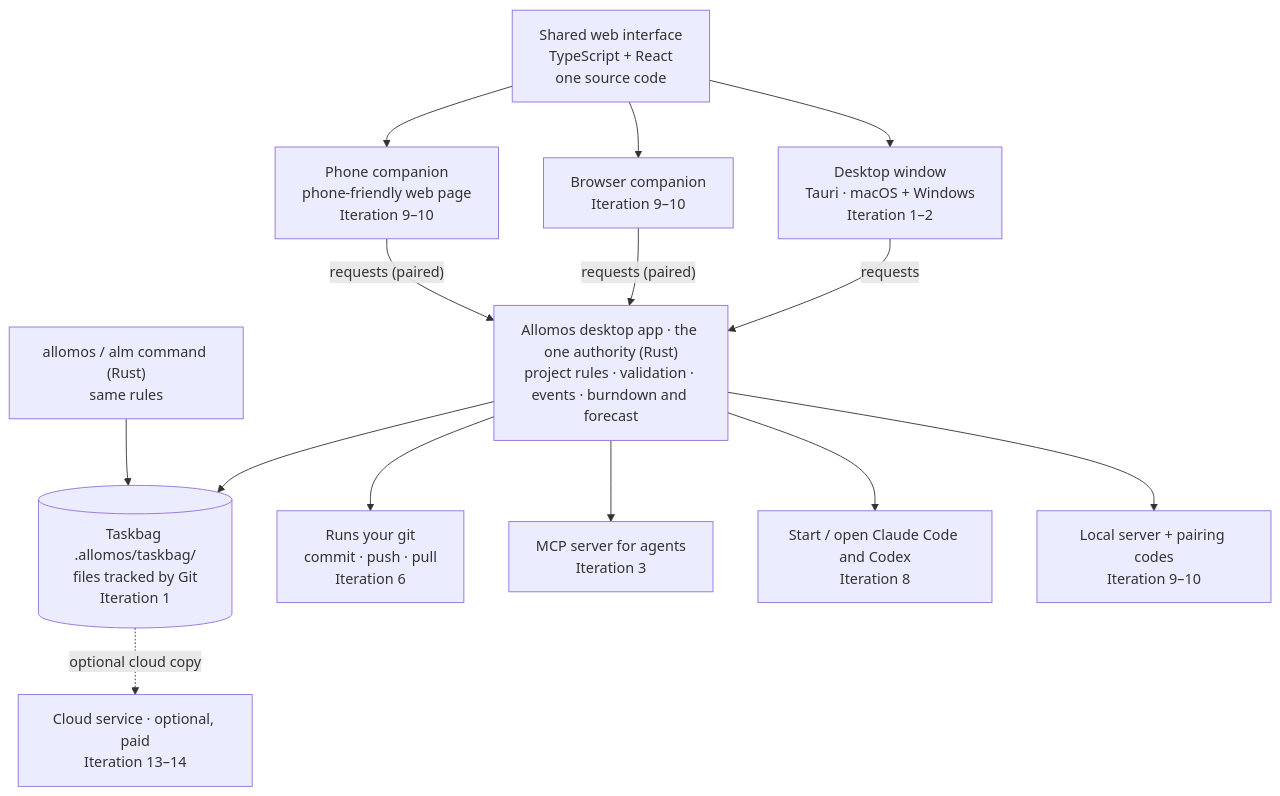
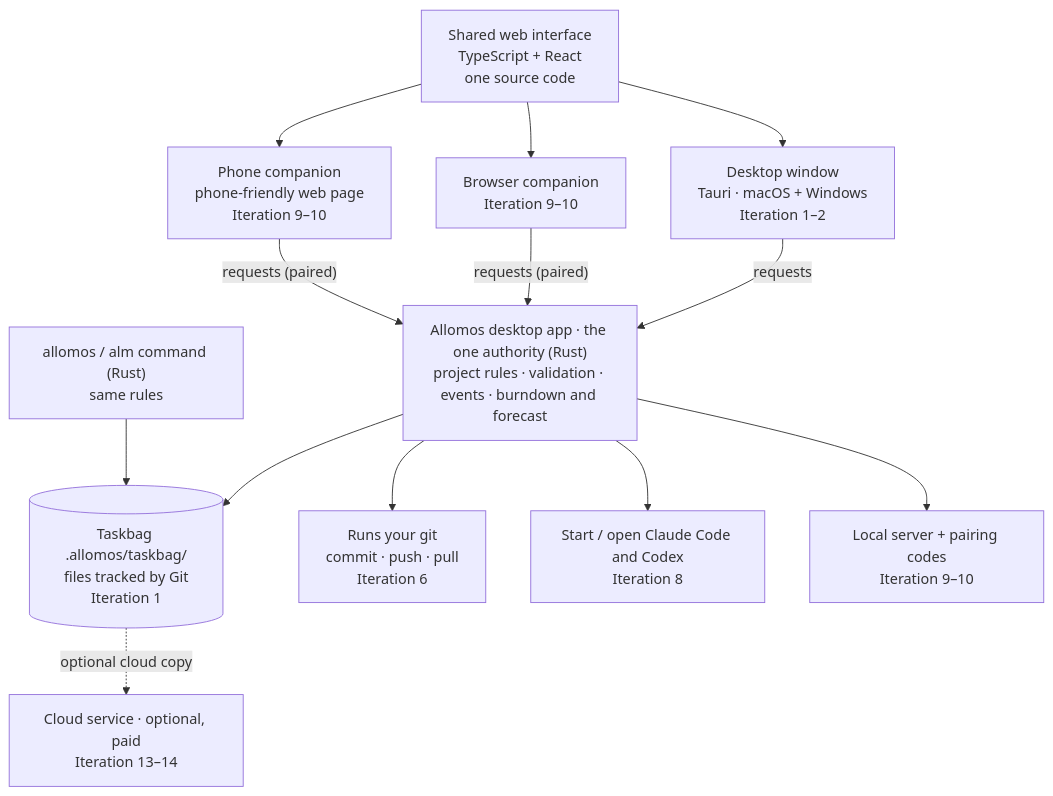
Before and after one commit to allomos/allomos: the diagram in docs/product/PLAN.md, drawn with Mermaid. The commit also changed other lines of this file and 9 other files, not shown here.

Commit message:
A00-ferry295: MCP is deferred; agents use alm, and Iteration 3 is closed (decision 0018)

````diff
--- a/docs/product/PLAN.md
+++ b/docs/product/PLAN.md
@@ -112,18 +112,17 @@
 ```mermaid
 flowchart TD
     UI["Shared web interface<br/>TypeScript + React<br/>one source code"]
     UI --> DW["Desktop window<br/>Tauri · macOS + Windows<br/>Iteration 1–2"]
     UI --> BC["Browser companion<br/>Iteration 9–10"]
     UI --> PC["Phone companion<br/>phone-friendly web page<br/>Iteration 9–10"]
     DW -- requests --> HUB
     BC -- "requests (paired)" --> HUB
     PC -- "requests (paired)" --> HUB
     HUB["Allomos desktop app · the one authority (Rust)<br/>project rules · validation · events · burndown and forecast"]
     HUB --> TB[("Taskbag .allomos/taskbag/<br/>files tracked by Git<br/>Iteration 1")]
     HUB --> GIT["Runs your git<br/>commit · push · pull<br/>Iteration 6"]
-    HUB --> MCP["MCP server for agents<br/>Iteration 3"]
     HUB --> RUN["Start / open Claude Code and Codex<br/>Iteration 8"]
     HUB --> SRV["Local server + pairing codes<br/>Iteration 9–10"]
     CLI["allomos / alm command (Rust)<br/>same rules"] --> TB
     TB -. "optional cloud copy" .-> CLOUD["Cloud service · optional, paid<br/>Iteration 13–14"]
 ```
````
